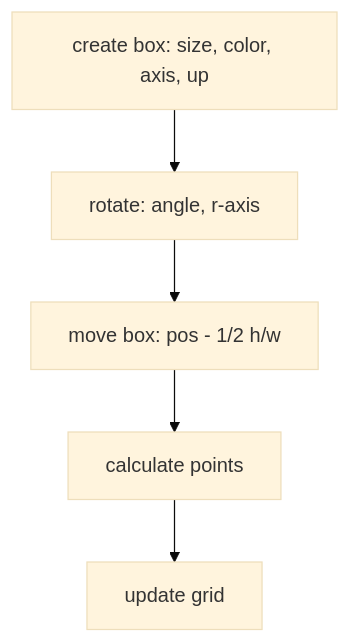
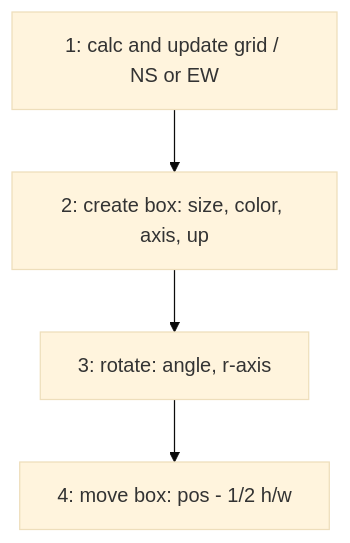
The diagram in various_flowcharts.md (beitist/brick-stack), drawn with Mermaid (base theme) before and after one commit. The commit also changed other lines of this file and 1 other file, not shown here.

Commit message:
add property to vector

```diff
--- a/various_flowcharts.md
+++ b/various_flowcharts.md
@@ -2,7 +3,6 @@
 ::: mermaid
 graph TD;
-    A[create box: size, color, axis, up] --> B[rotate: angle, r-axis];
-    B --> C[move box: pos - 1/2 h/w];
-    C --> D[calculate points];
-    D --> E[update grid];
+    A[1: calc and update grid / NS or EW] --> E[2: create box: size, color, axis, up];
+    E --> H[3: rotate: angle, r-axis];
+    H --> K[4: move box: pos - 1/2 h/w];
 :::
```
